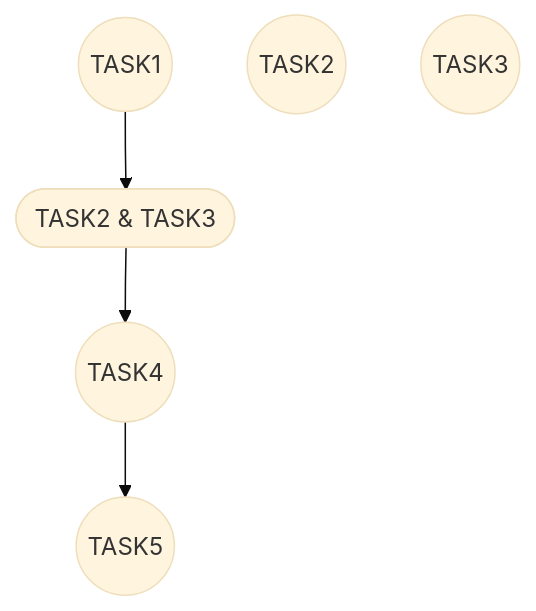
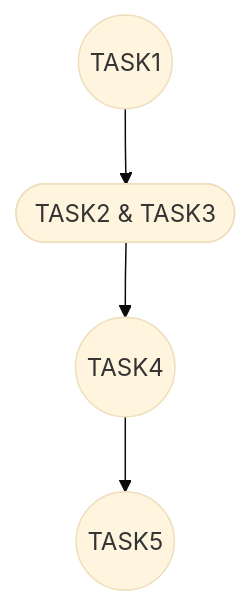
The diagram in TASK6_BTL_HK251-main/TASK6_BTL_HK251-main/README.md (truonghienminh-HCMUT/BTL-MHH), drawn with Mermaid (base theme) before and after one commit.

````diff
--- a/TASK6_BTL_HK251-main/TASK6_BTL_HK251-main/README.md
+++ b/TASK6_BTL_HK251-main/TASK6_BTL_HK251-main/README.md
@@ -5,18 +5,16 @@
 ```mermaid
 flowchart TD
 
     %% Places
     P1(("TASK1"))
-    P2(("TASK2"))
-    P3(("TASK3"))
     P4(("TASK4"))
     P5(("TASK5"))
 
     %% Transitions
     P23([TASK2 & TASK3])
 
     %% Arcs 
     P1 --> P23
     P23 --> P4
     P4 --> P5
 ```
````
